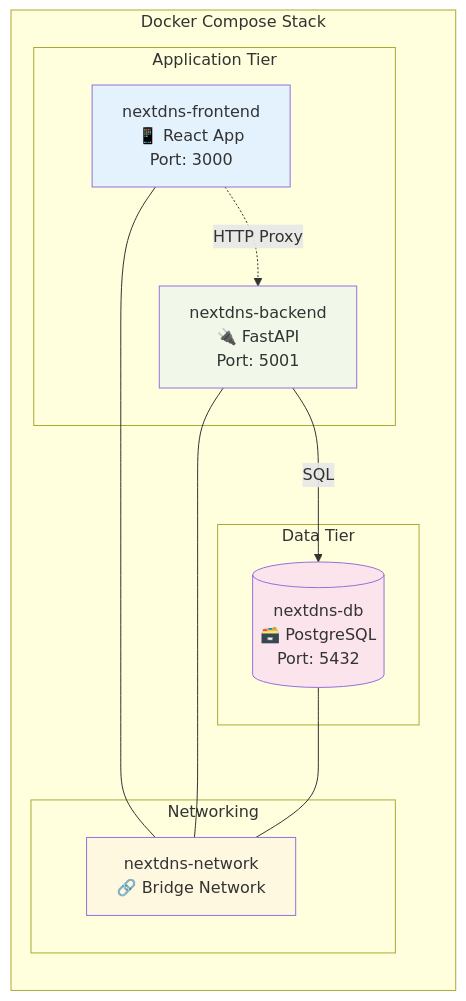
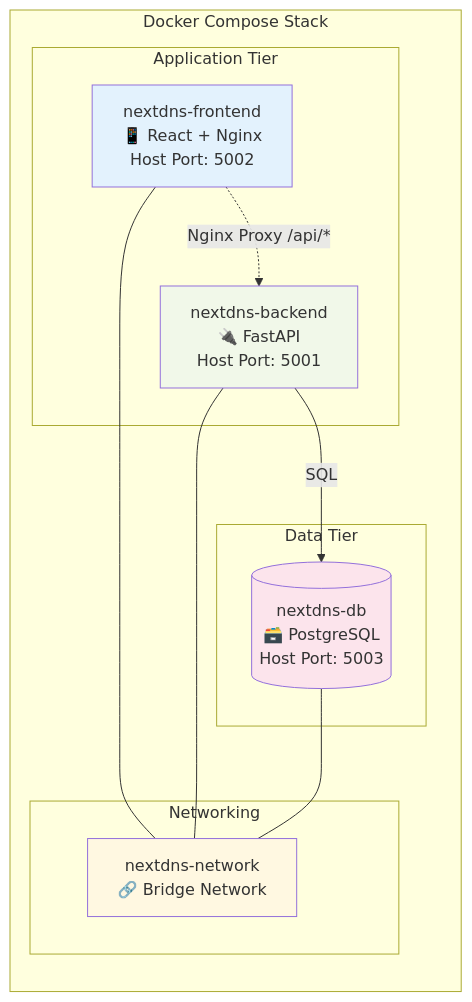
One commit to BondIT-ApS/NextDNS-Optimized-Analytics changed the second of 11 diagrams in docs/02-architecture.md. Above: the diagram before and after it, drawn with Mermaid. The commit also changed other lines of this file, not shown here.

Commit message:
📝 Revise architecture documentation for clarity and accuracy, including updated service interactions and port configurations

````diff
--- a/docs/02-architecture.md
+++ b/docs/02-architecture.md
@@ -39,28 +36,28 @@
 ```mermaid
 graph LR
     subgraph "Docker Compose Stack"
         subgraph "Application Tier"
-            Frontend[nextdns-frontend<br/>📱 React App<br/>Port: 3000]
-            Backend[nextdns-backend<br/>🔌 FastAPI<br/>Port: 5001]
+            Frontend[nextdns-frontend<br/>📱 React + Nginx<br/>Host Port: 5002]
+            Backend[nextdns-backend<br/>🔌 FastAPI<br/>Host Port: 5001]
         end
         
         subgraph "Data Tier"
-            Database[(nextdns-db<br/>🗃️ PostgreSQL<br/>Port: 5432)]
+            Database[(nextdns-db<br/>🗃️ PostgreSQL<br/>Host Port: 5003)]
         end
         
         subgraph "Networking"
             Network[nextdns-network<br/>🔗 Bridge Network]
         end
     end
     
-    Frontend -.->|HTTP Proxy| Backend
+    Frontend -.->|Nginx Proxy /api/*| Backend
     Backend -->|SQL| Database
     Frontend --- Network
     Backend --- Network
     Database --- Network
     
     style Frontend fill:#e3f2fd
     style Backend fill:#f1f8e9
     style Database fill:#fce4ec
     style Network fill:#fff8e1
 ```
````
